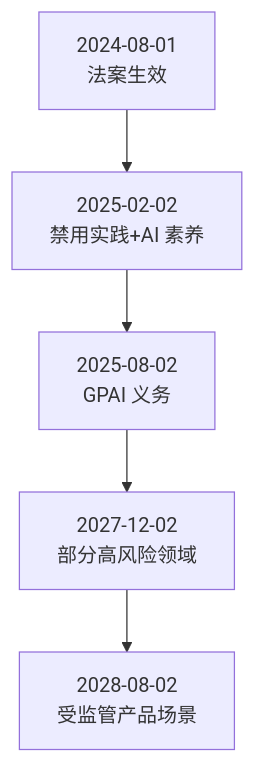
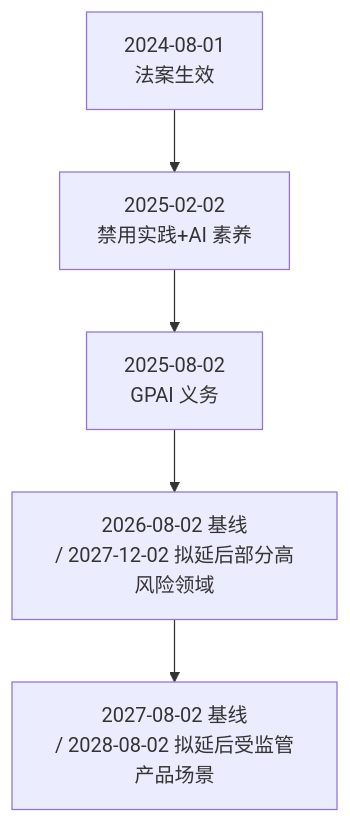
Before and after one commit to yeasy/ai_security_guide: the diagram in 11_governance/11.1_regulations.md, drawn with Mermaid. The commit also changed 1 other file, not shown here.

Commit message:
Show EU AI Act baseline alongside delayed dates

````diff
--- a/11_governance/11.1_regulations.md
+++ b/11_governance/11.1_regulations.md
@@ -39,7 +39,7 @@
 ```mermaid
 flowchart TB
     A["2024-08-01<br/>法案生效"] --> B["2025-02-02<br/>禁用实践+AI 素养"]
     B --> C["2025-08-02<br/>GPAI 义务"]
-    C --> D["2027-12-02<br/>部分高风险领域"]
-    D --> E["2028-08-02<br/>受监管产品场景"]
+    C --> D["2026-08-02 基线<br/>/ 2027-12-02 拟延后部分高风险领域"]
+    D --> E["2027-08-02 基线<br/>/ 2028-08-02 拟延后受监管产品场景"]
 ```
````
